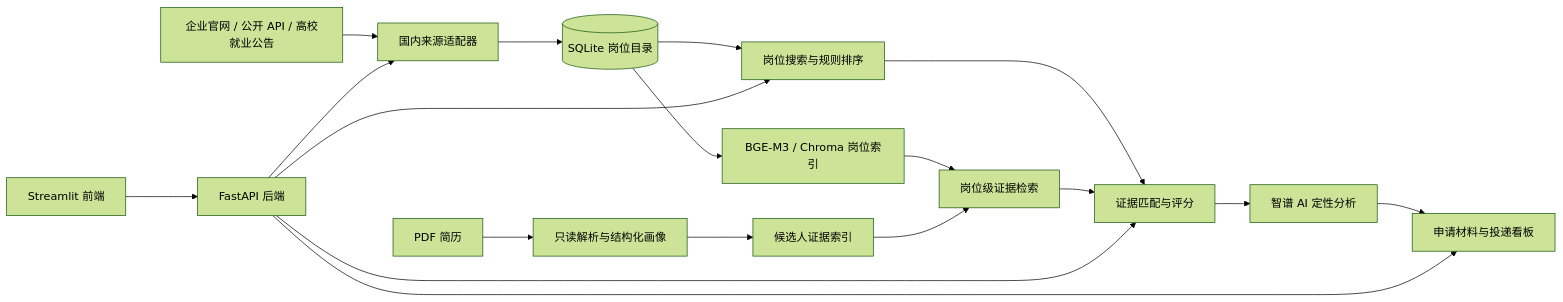
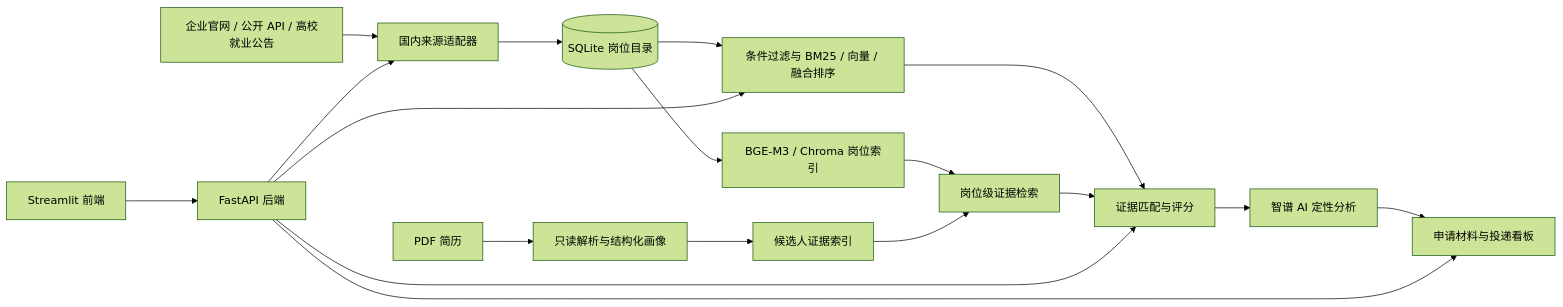
The diagram in README.md (sansa333/Job_apply_assistant), drawn with Mermaid (forest theme) before and after one commit. The commit also changed other lines of this file and 65 other files, not shown here.

````diff
--- a/README.md
+++ b/README.md
@@ -21,20 +22,20 @@
 ```mermaid
 flowchart LR
     A[企业官网 / 公开 API / 高校就业公告] --> B[国内来源适配器]
     B --> C[(SQLite 岗位目录)]
     C --> D[BGE-M3 / Chroma 岗位索引]
     E[PDF 简历] --> F[只读解析与结构化画像]
     F --> G[候选人证据索引]
-    C --> H[岗位搜索与规则排序]
+    C --> H[条件过滤与 BM25 / 向量 / 融合排序]
     D --> I[岗位级证据检索]
     G --> I
     H --> J[证据匹配与评分]
     I --> J
     J --> K[智谱 AI 定性分析]
     K --> L[申请材料与投递看板]
     M[Streamlit 前端] --> N[FastAPI 后端]
     N --> B
     N --> H
     N --> J
     N --> L
 ```
````
